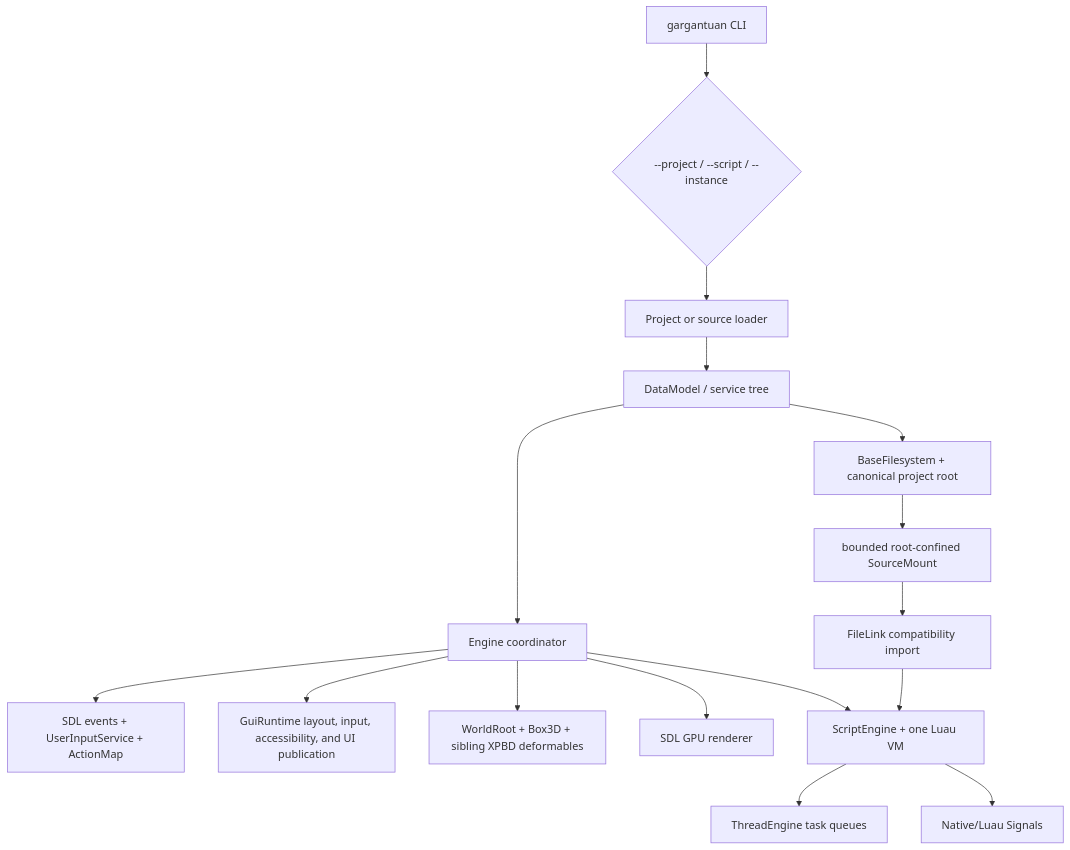
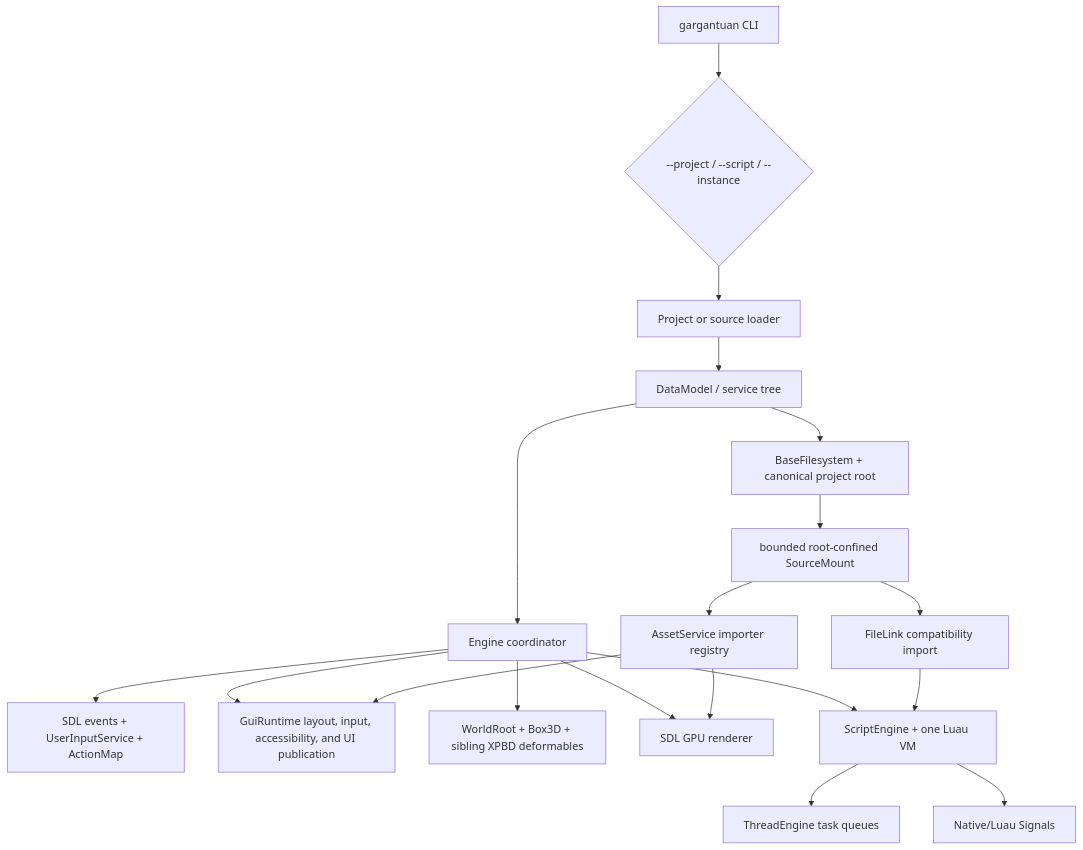
The first of 3 diagrams in devdocs/CurrentArchitecture/README.md (gmoddev/gargantuan), drawn with Mermaid before and after one commit. The commit also changed other lines of this file and 39 other files, not shown here.

````diff
--- a/devdocs/CurrentArchitecture/README.md
+++ b/devdocs/CurrentArchitecture/README.md
@@ -81,18 +85,21 @@
 ```mermaid
 flowchart TD
     CLI["gargantuan CLI"] --> Target{"--project / --script / --instance"}
     Target --> Loader["Project or source loader"]
     Loader --> DataModel["DataModel / service tree"]
     DataModel --> Engine["Engine coordinator"]
     Engine --> Input["SDL events + UserInputService + ActionMap"]
 	Engine --> GUI["GuiRuntime layout, input, accessibility, and UI publication"]
     Engine --> Physics["WorldRoot + Box3D + sibling XPBD deformables"]
     Engine --> Render["SDL GPU renderer"]
     Engine --> Script["ScriptEngine + one Luau VM"]
     Script --> Tasks["ThreadEngine task queues"]
     Script --> Signals["Native/Luau Signals"]
     DataModel --> ProjectFilesystem["BaseFilesystem + canonical project root"]
     ProjectFilesystem --> SourceMount["bounded root-confined SourceMount"]
     SourceMount --> FileLink["FileLink compatibility import"]
+	SourceMount --> Assets["AssetService importer registry"]
+	Assets --> GUI
+	Assets --> Render
     FileLink --> Script
 ```
````
